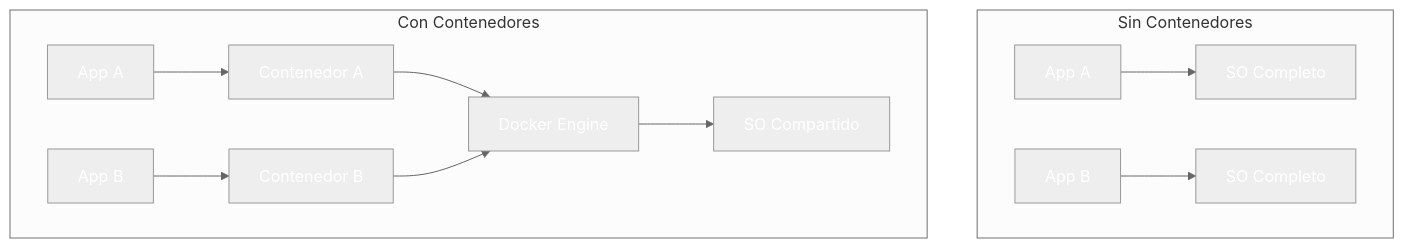
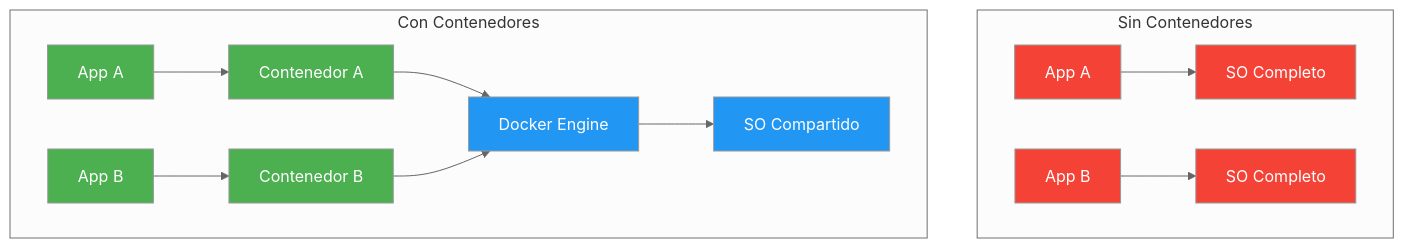
One commit to joseluisgs/DesarrolloWebEntornosServidor-02-2026-2027 changed the diagram in 29-docker.md. Above: the diagram before and after it, drawn with Mermaid (neutral theme). The commit also changed 29 other files, not shown here.

Commit message:
docs: corregir estilos Mermaid y estilo, quitar referencias a la Tienda y reestructurar los retos 13 y 15

````diff
--- a/29-docker.md
+++ b/29-docker.md
@@ -45,24 +45,24 @@
 ```mermaid
 flowchart TB
     subgraph "Sin Contenedores"
         A1["App A"] --> A2["SO Completo"]
         A3["App B"] --> A4["SO Completo"]
-        style A1 fill:#f4433,color:#fff6,color:#fff
-        style A2 fill:#f4433,color:#fff6,color:#fff
-        style A3 fill:#f4433,color:#fff6,color:#fff
-        style A4 fill:#f4433,color:#fff6,color:#fff
+        style A1 fill:#f44336,color:#fff
+        style A2 fill:#f44336,color:#fff
+        style A3 fill:#f44336,color:#fff
+        style A4 fill:#f44336,color:#fff
     end
 
     subgraph "Con Contenedores"
         B1["App A"] --> B2["Contenedor A"]
         B3["App B"] --> B4["Contenedor B"]
         B2 & B4 --> B5["Docker Engine"]
         B5 --> B6["SO Compartido"]
-        style B1 fill:#4CAF5,color:#fff0,color:#fff
-        style B2 fill:#4CAF5,color:#fff0,color:#fff
-        style B3 fill:#4CAF5,color:#fff0,color:#fff
-        style B4 fill:#4CAF5,color:#fff0,color:#fff
-        style B5 fill:#2196F,color:#fff3,color:#fff
-        style B6 fill:#2196F,color:#fff3,color:#fff
+        style B1 fill:#4CAF50,color:#fff
+        style B2 fill:#4CAF50,color:#fff
+        style B3 fill:#4CAF50,color:#fff
+        style B4 fill:#4CAF50,color:#fff
+        style B5 fill:#2196F3,color:#fff
+        style B6 fill:#2196F3,color:#fff
     end
 ```
````
